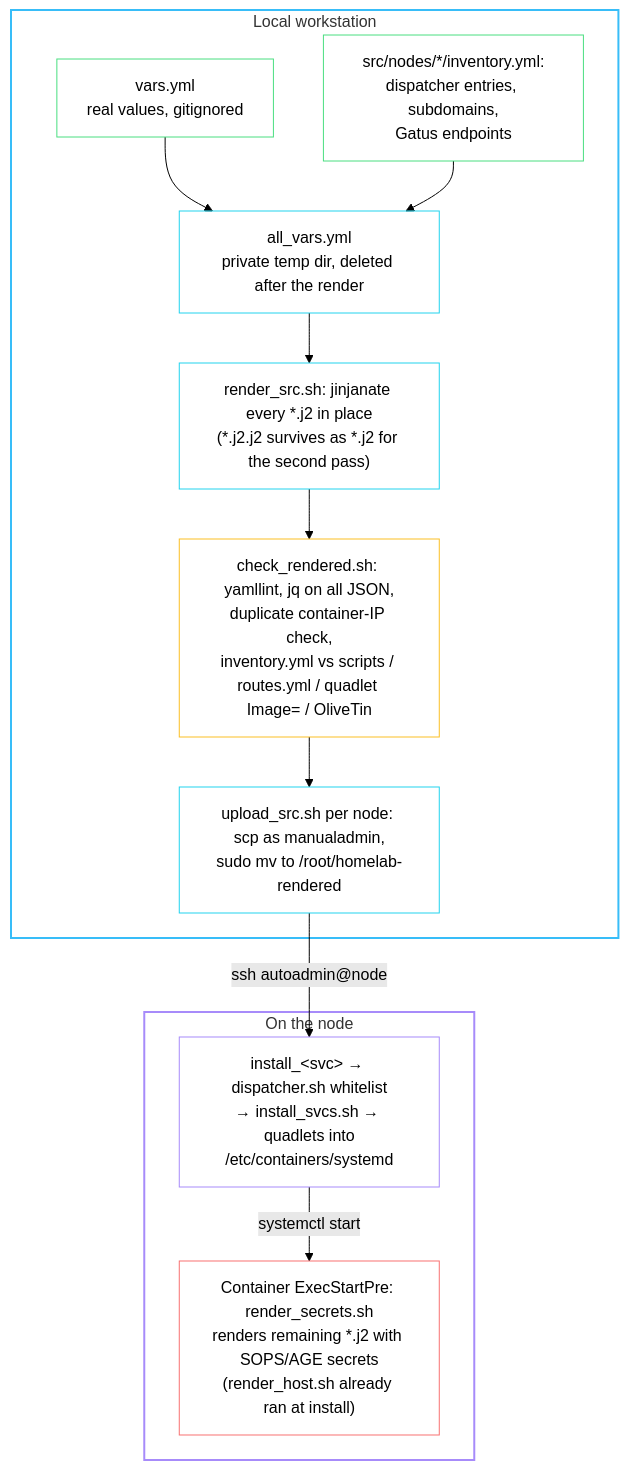
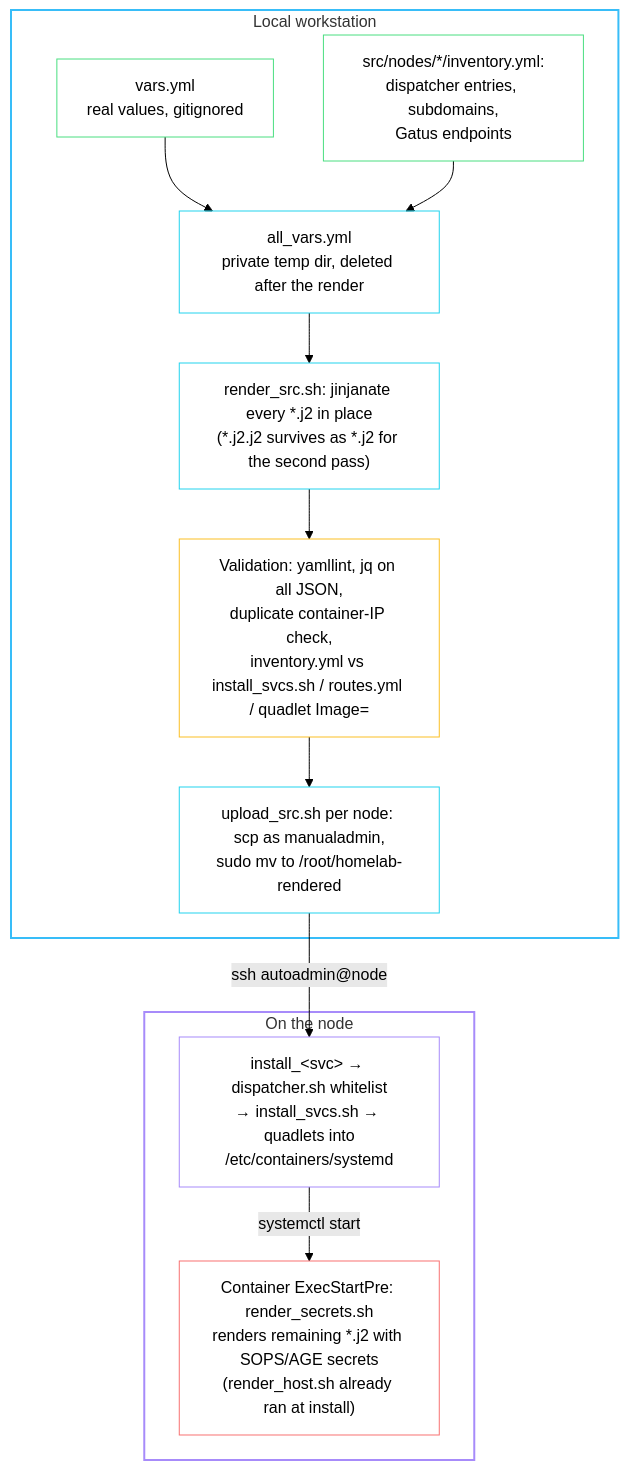
Before and after one commit to babraham123/homelab: the diagram in rendered/docs/development.md, drawn with Mermaid (forest theme). The commit also changed other lines of this file and 11 other files, not shown here.

First line of the commit message:
install_svcs: shared Traefik and Fluent Bit config steps, explicit restart per case

````diff
--- a/rendered/docs/development.md
+++ b/rendered/docs/development.md
@@ -80,35 +83,35 @@
 ```mermaid
 flowchart TB
     subgraph local["Local workstation"]
         vars["vars.yml<br/>real values, gitignored"]
         inventory["src/nodes/*/inventory.yml:<br/>dispatcher entries, subdomains,<br/>Gatus endpoints"]
         allvars["all_vars.yml<br/>private temp dir, deleted after the render"]
         render["render_src.sh: jinjanate every *.j2 in place<br/>(*.j2.j2 survives as *.j2 for the second pass)"]
-        validate["check_rendered.sh: yamllint, jq on all JSON,<br/>duplicate container-IP check,<br/>inventory.yml vs scripts / routes.yml / quadlet Image= / OliveTin"]
+        validate["Validation: yamllint, jq on all JSON,<br/>duplicate container-IP check,<br/>inventory.yml vs install_svcs.sh / routes.yml / quadlet Image="]
         upload["upload_src.sh per node: scp as manualadmin,<br/>sudo mv to /root/homelab-rendered"]
     end
 
     subgraph node["On the node"]
         dispatch["install_&lt;svc&gt; → dispatcher.sh whitelist<br/>→ install_svcs.sh → quadlets into<br/>/etc/containers/systemd"]
         second["Container ExecStartPre: render_secrets.sh<br/>renders remaining *.j2 with SOPS/AGE secrets<br/>(render_host.sh already ran at install)"]
     end
 
     vars --> allvars
     inventory --> allvars
     allvars --> render --> validate --> upload
     upload -- "ssh autoadmin@node" --> dispatch
     dispatch -- "systemctl start" --> second
 
     style local stroke:#38bdf8,stroke-width:2px,fill:transparent
     style node stroke:#a78bfa,stroke-width:2px,fill:transparent
     classDef input stroke:#4ade80,fill:transparent
     classDef step stroke:#22d3ee,fill:transparent
     classDef onnode stroke:#a78bfa,fill:transparent
     classDef check stroke:#fbbf24,fill:transparent
     classDef secret stroke:#f87171,fill:transparent
     class vars,inventory input
     class allvars,render,upload step
     class dispatch onnode
     class validate check
     class second secret
 ```
````
